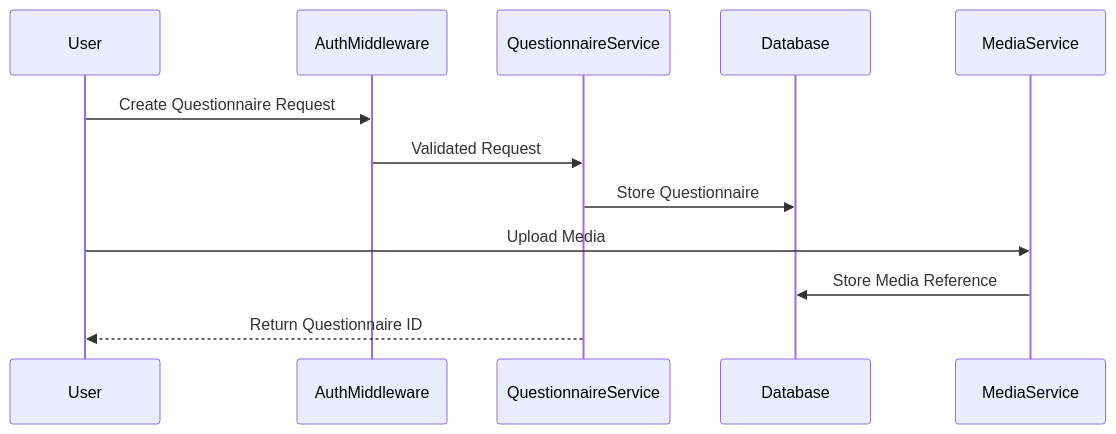
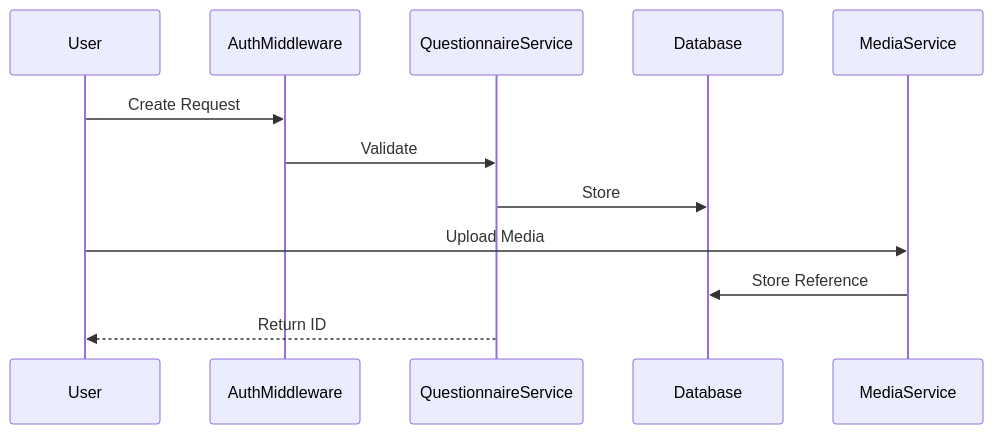
Before and after one commit to QBC8-Go-Group2/questionnaire: the second of 4 diagrams in README.md, drawn with Mermaid.

Commit message:
fix questionnaire flow diagram

````diff
--- a/README.md
+++ b/README.md
@@ -80,15 +80,9 @@
 ```mermaid
 sequenceDiagram
-    participant User
-    participant AuthMiddleware
-    participant QuestionnaireService
-    participant Database
-    participant MediaService
-
-    User->>AuthMiddleware: Create Questionnaire Request
-    AuthMiddleware->>QuestionnaireService: Validated Request
-    QuestionnaireService->>Database: Store Questionnaire
+    User->>AuthMiddleware: Create Request
+    AuthMiddleware->>QuestionnaireService: Validate
+    QuestionnaireService->>Database: Store
     User->>MediaService: Upload Media
-    MediaService->>Database: Store Media Reference
-    QuestionnaireService-->>User: Return Questionnaire ID
+    MediaService->>Database: Store Reference
+    QuestionnaireService-->>User: Return ID
 ```
````
